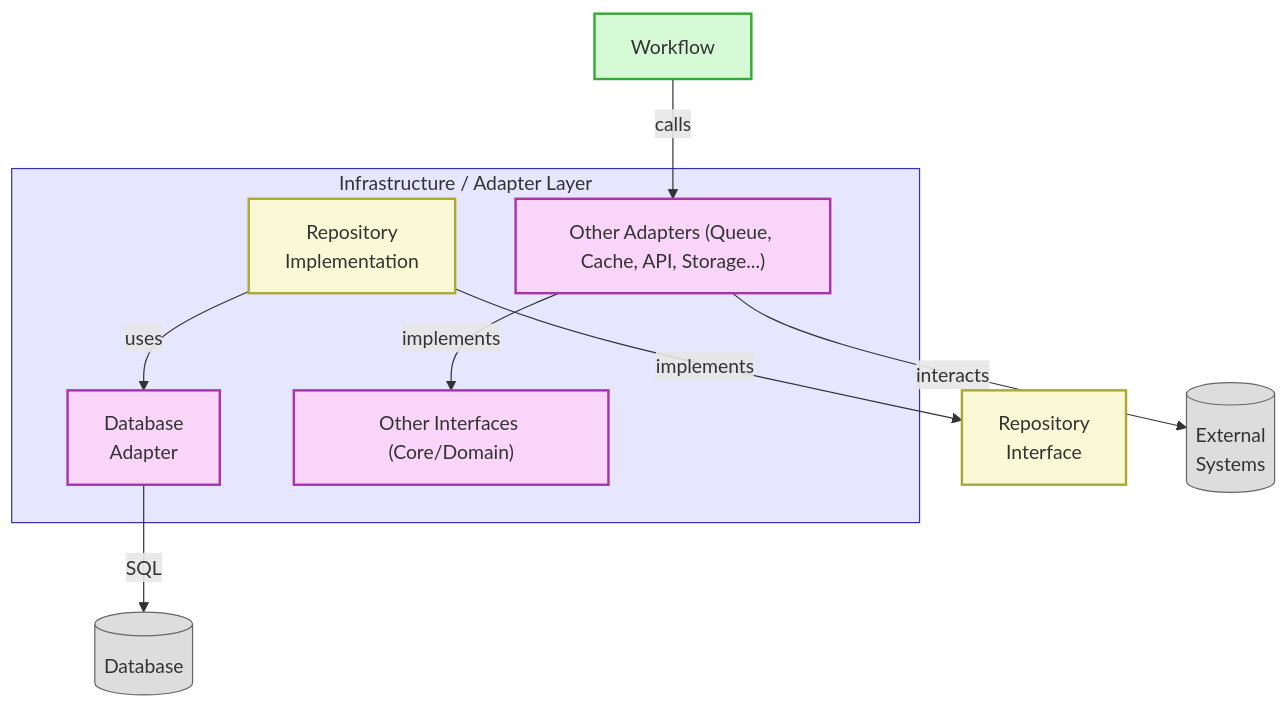
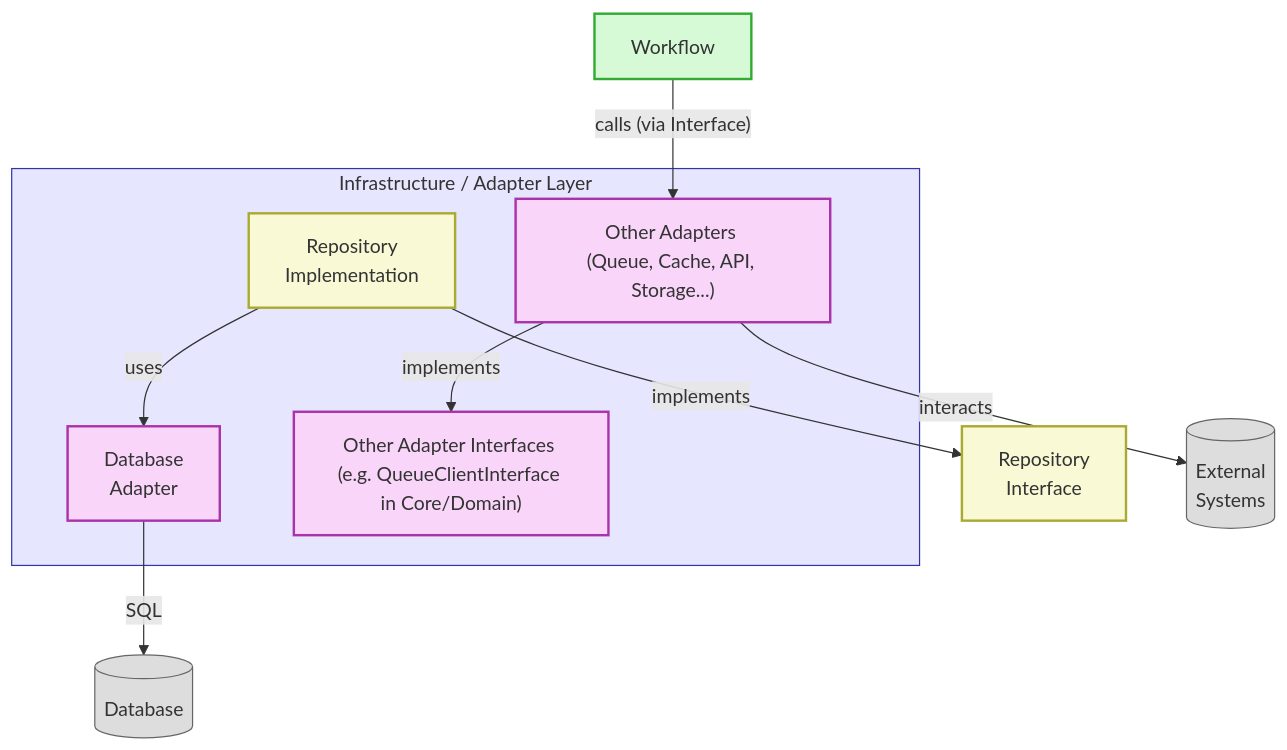
The third of 4 diagrams in architecture-guide.md (bluedevilx/ai-driven-development), drawn with Mermaid before and after one commit. The commit also changed other lines of this file, not shown here.

````diff
--- a/architecture-guide.md
+++ b/architecture-guide.md
@@ -177,35 +180,35 @@
 ```mermaid
 flowchart TD
     RI["Repository <br>Interface"]
     WF["Workflow"]
 
     subgraph InfraLayer["Infrastructure / Adapter Layer"]
         RImpl["Repository <br>Implementation"]
         DA["Database <br>Adapter"]
-        OTH["Other Adapters (Queue, Cache, API, Storage...)"]
-        OTH_I["Other Interfaces (Core/Domain)"]
+        OTH["Other Adapters <br>(Queue, Cache, API, Storage...)"]
+        OTH_I["Other Adapter Interfaces (e.g. QueueClientInterface in Core/Domain)"]
     end
 
     DB[("Database")]
     EXT[("External <br>Systems")]
 
     OTH -->|"interacts"| EXT
     OTH -->|"implements"| OTH_I
     RImpl -->|"implements"| RI
     RImpl -->|"uses"| DA
     DA -->|"SQL"| DB
-    WF -->|"calls"| OTH
-    
+    WF -->|"calls (via Interface)"| OTH
+
 
     classDef workflow fill:#d6f9d6,stroke:#3a3,stroke-width:2px;
     classDef repo fill:#f9f9d6,stroke:#aa3,stroke-width:2px;
     classDef adapter fill:#f9d6f9,stroke:#a3a,stroke-width:2px;
     classDef external fill:#ddd,stroke:#666,stroke-width:1px;
     classDef infra fill:#e6e6ff,stroke:#33a,stroke-width:1px;
 
     class WF workflow;
     class RI,RImpl repo;
     class DA,OTH,OTH_I adapter;
     class DB,EXT external;
     class InfraLayer infra;
 ```
````
